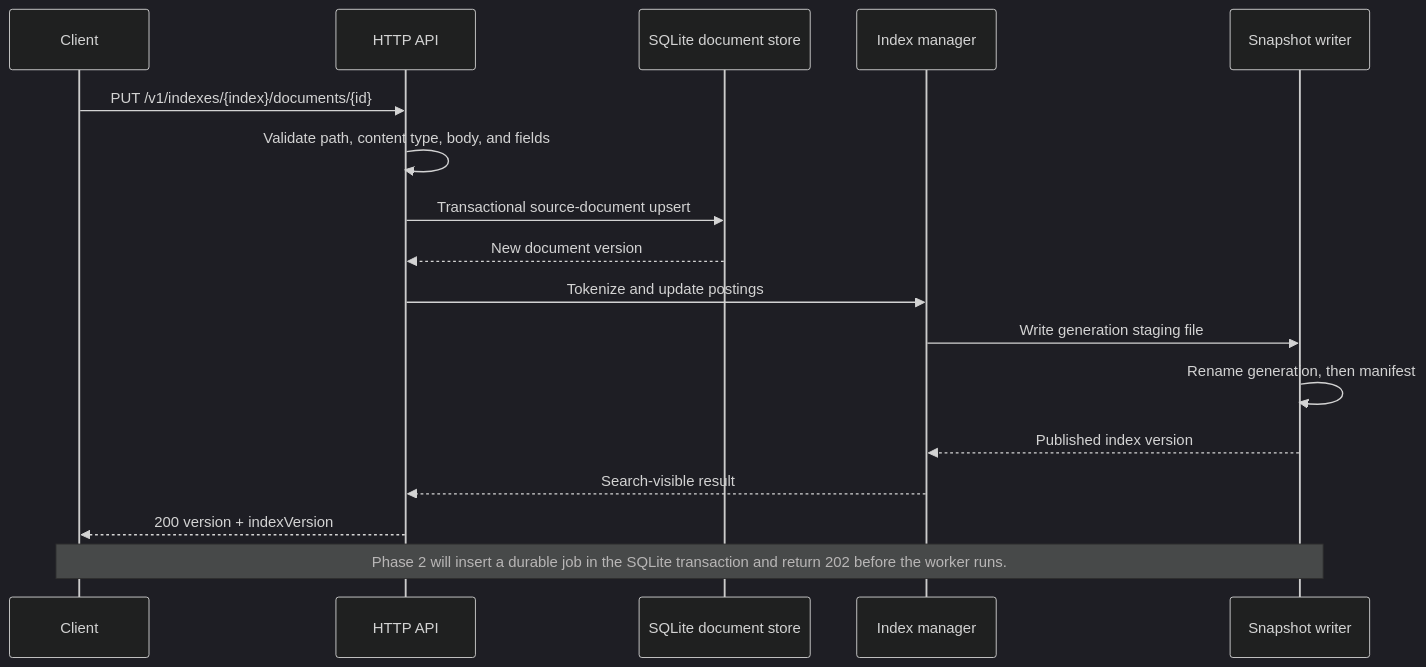
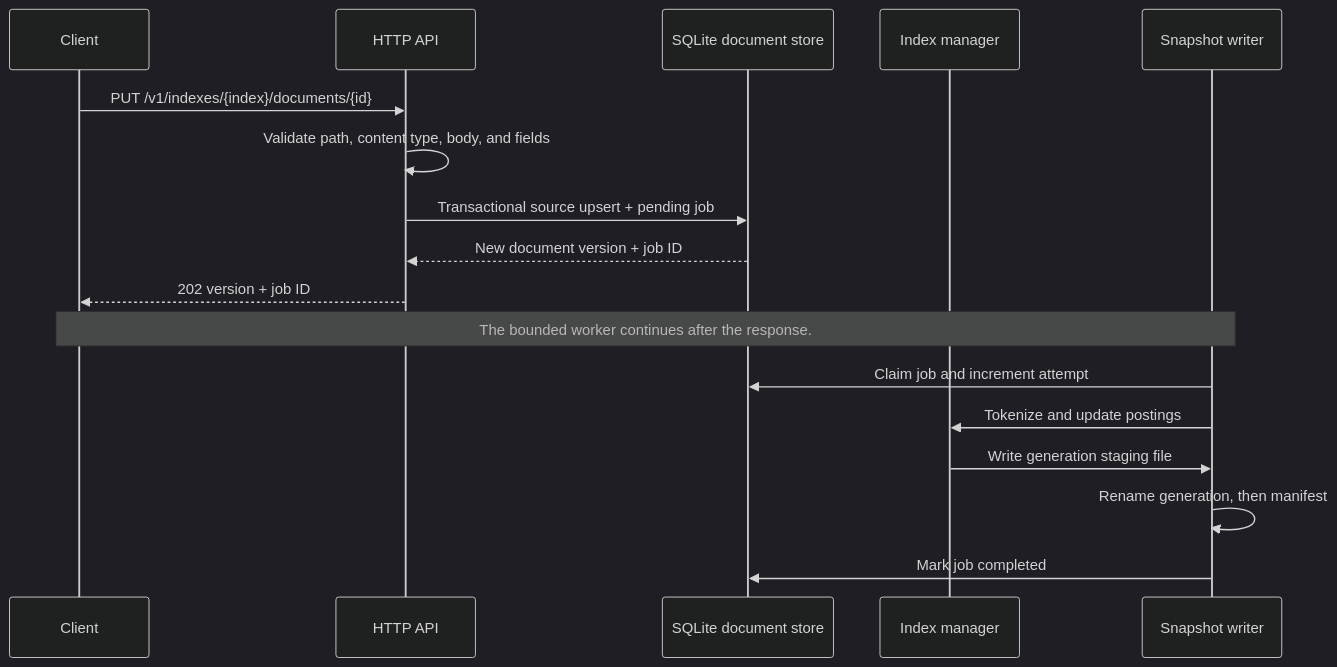
One commit to prajexec/SearchCraft changed the diagram in docs/architecture/diagrams/document-ingestion-sequence.mmd. Above: the diagram before and after it, drawn with Mermaid (dark theme). The commit also changed 27 other files, not shown here.

```diff
--- a/docs/architecture/diagrams/document-ingestion-sequence.mmd
+++ b/docs/architecture/diagrams/document-ingestion-sequence.mmd
@@ -1,19 +1,18 @@
 sequenceDiagram
     participant C as Client
     participant H as HTTP API
     participant S as SQLite document store
     participant I as Index manager
     participant W as Snapshot writer
 
     C->>H: PUT /v1/indexes/{index}/documents/{id}
     H->>H: Validate path, content type, body, and fields
-    H->>S: Transactional source-document upsert
-    S-->>H: New document version
-    H->>I: Tokenize and update postings
+    H->>S: Transactional source upsert + pending job
+    S-->>H: New document version + job ID
+    H-->>C: 202 version + job ID
+    Note over C,W: The bounded worker continues after the response.
+    W->>S: Claim job and increment attempt
+    W->>I: Tokenize and update postings
     I->>W: Write generation staging file
     W->>W: Rename generation, then manifest
-    W-->>I: Published index version
-    I-->>H: Search-visible result
-    H-->>C: 200 version + indexVersion
-
-    Note over C,W: Phase 2 will insert a durable job in the SQLite transaction and return 202 before the worker runs.
+    W->>S: Mark job completed
```
